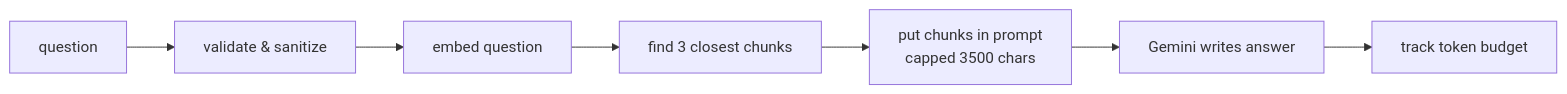
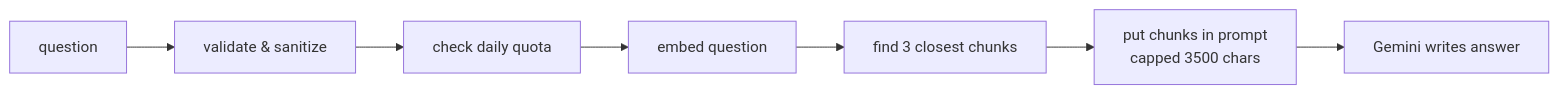
One commit to AbdullahYousaf-13/Hybrid-Vector-Graph-Rag changed the second of 3 diagrams in docs/Flow.md. Above: the diagram before and after it, drawn with Mermaid. The commit also changed other lines of this file and 5 other files, not shown here.

First line of the commit message:
Replace token-budget guardrail with real daily quota tracker

````diff
--- a/docs/Flow.md
+++ b/docs/Flow.md
@@ -55,9 +55,9 @@
 ```mermaid
 flowchart LR
     Q[question] --> V[validate & sanitize]
-    V --> E[embed question]
+    V --> D[check daily quota]
+    D --> E[embed question]
     E --> S[find 3 closest chunks]
     S --> P[put chunks in prompt<br/>capped 3500 chars]
     P --> L[Gemini writes answer]
-    L --> B[track token budget]
 ```
````
